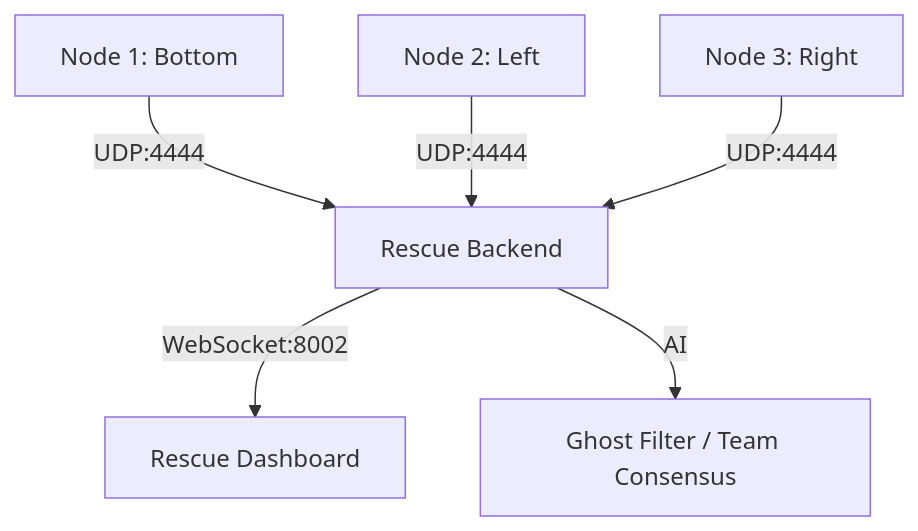
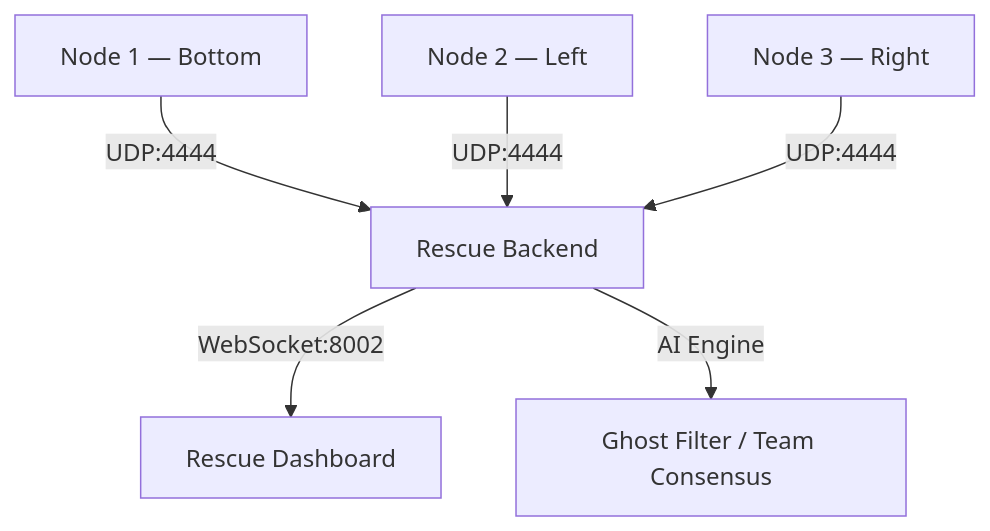
One commit to PhoniexCoder/Tri-fi changed the diagram in SURVIVOR_MANUAL.md. Above: the diagram before and after it, drawn with Mermaid. The commit also changed other lines of this file and 1 other file, not shown here.

````diff
--- a/SURVIVOR_MANUAL.md
+++ b/SURVIVOR_MANUAL.md
@@ -9,8 +34,8 @@
 ```mermaid
 graph TD
-    Node1[Node 1: Bottom] -- UDP:4444 --> Backend[Rescue Backend]
-    Node2[Node 2: Left]   -- UDP:4444 --> Backend
-    Node3[Node 3: Right]  -- UDP:4444 --> Backend
+    Node1[Node 1 — Bottom] -- UDP:4444 --> Backend[Rescue Backend]
+    Node2[Node 2 — Left]   -- UDP:4444 --> Backend
+    Node3[Node 3 — Right]  -- UDP:4444 --> Backend
     Backend -- WebSocket:8002 --> UI[Rescue Dashboard]
-    Backend -- AI --> Analysis[Ghost Filter / Team Consensus]
+    Backend -- AI Engine --> Analysis[Ghost Filter / Team Consensus]
 ```
````
